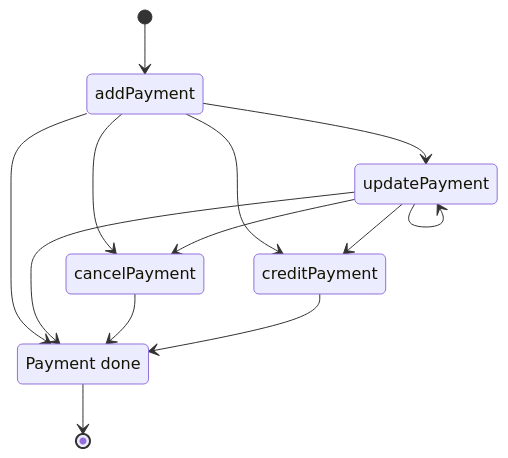
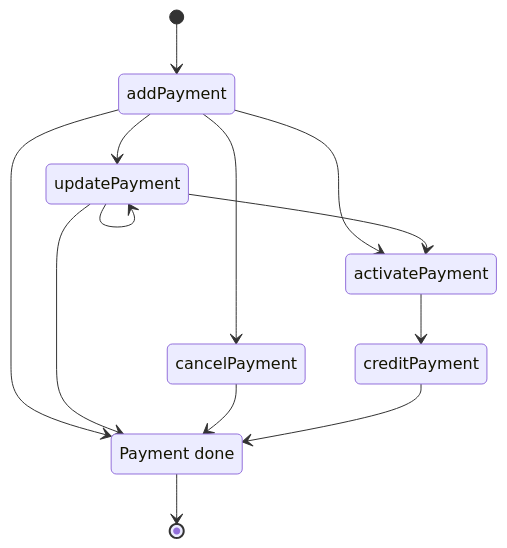
The diagram in Writerside/topics/Qvickly-API.md (Billmate/QvicklyDocumentation), drawn with Mermaid before and after one commit. The commit also changed other lines of this file and 197 other files, not shown here.

````diff
--- a/Writerside/topics/Qvickly-API.md
+++ b/Writerside/topics/Qvickly-API.md
@@ -39,19 +11,20 @@
 ```mermaid
 stateDiagram-v2
     [*] --> addPayment
     UP: updatePayment
+    AP: activatePayment
     CREDIT: creditPayment
     CANCEL: cancelPayment
     DONE: Payment done
     addPayment --> UP
-    addPayment --> CREDIT
+    addPayment --> AP
     addPayment --> CANCEL
     UP --> UP
-    UP --> CANCEL
-    UP --> CREDIT
+    UP --> AP
     addPayment --> DONE
     UP --> DONE
+    AP --> CREDIT
     CANCEL --> DONE
     CREDIT --> DONE
     DONE --> [*]
 ```
````
